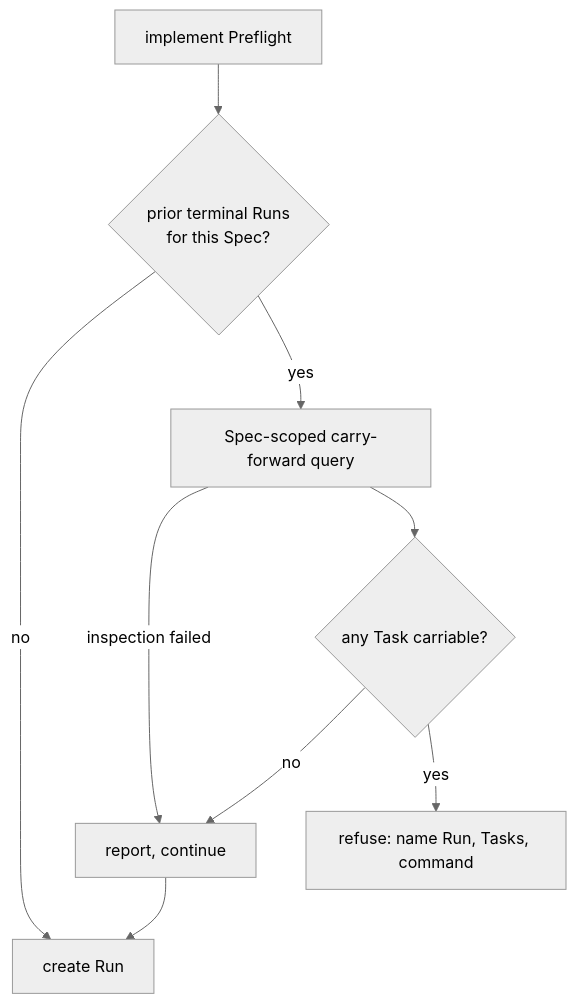
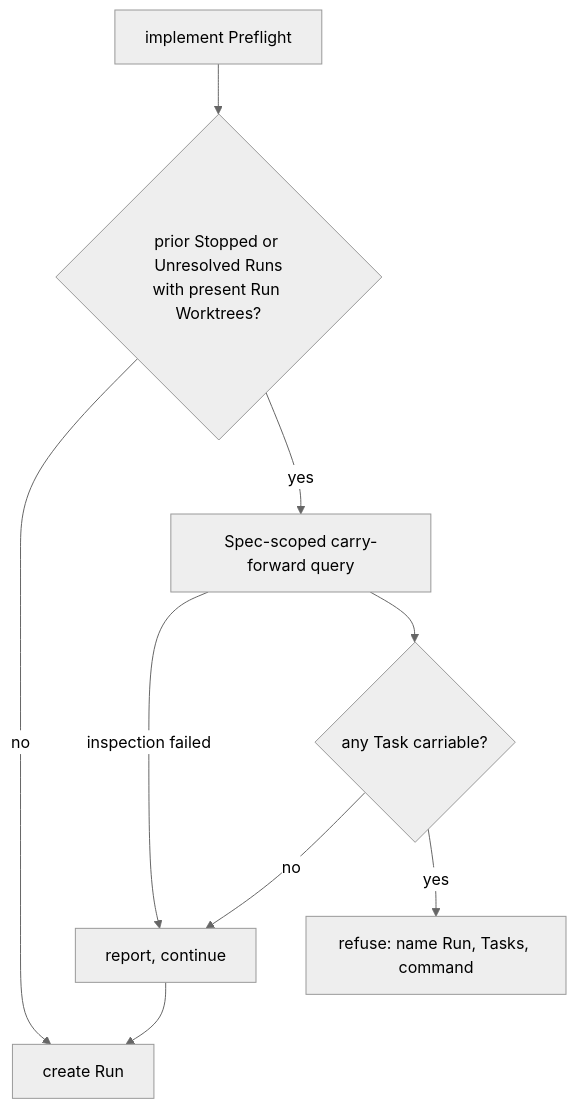
One commit to marcioaltoe/roundfix changed the diagram in docs/specs/0118-a-task-proved-once-does-not-run-twice/_techspec.md. Above: the diagram before and after it, drawn with Mermaid (neutral theme). The commit also changed other lines of this file and 2 other files, not shown here.

````diff
--- a/docs/specs/0118-a-task-proved-once-does-not-run-twice/_techspec.md
+++ b/docs/specs/0118-a-task-proved-once-does-not-run-twice/_techspec.md
@@ -125,10 +128,10 @@
 ```mermaid
 flowchart TD
-    A[implement Preflight] --> B{prior terminal Runs<br/>for this Spec?}
+    A[implement Preflight] --> B{prior Stopped or Unresolved Runs<br/>with present Run Worktrees?}
     B -- no --> R[create Run]
     B -- yes --> C[Spec-scoped carry-forward query]
     C -- inspection failed --> N[report, continue] --> R
     C --> D{any Task carriable?}
     D -- no --> N
     D -- yes --> E[refuse: name Run, Tasks, command]
 ```
````
